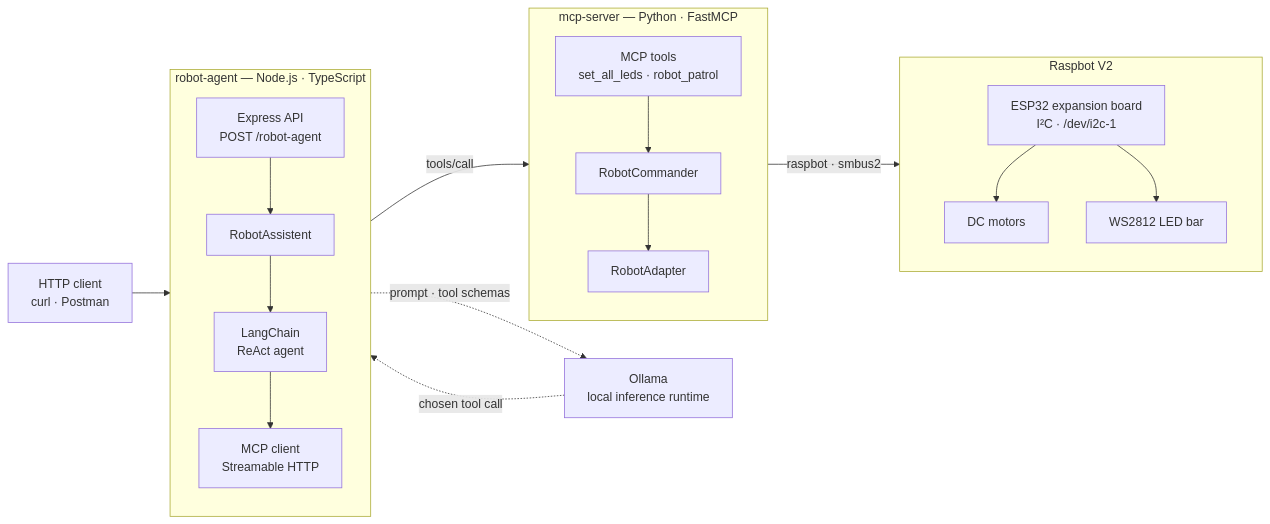
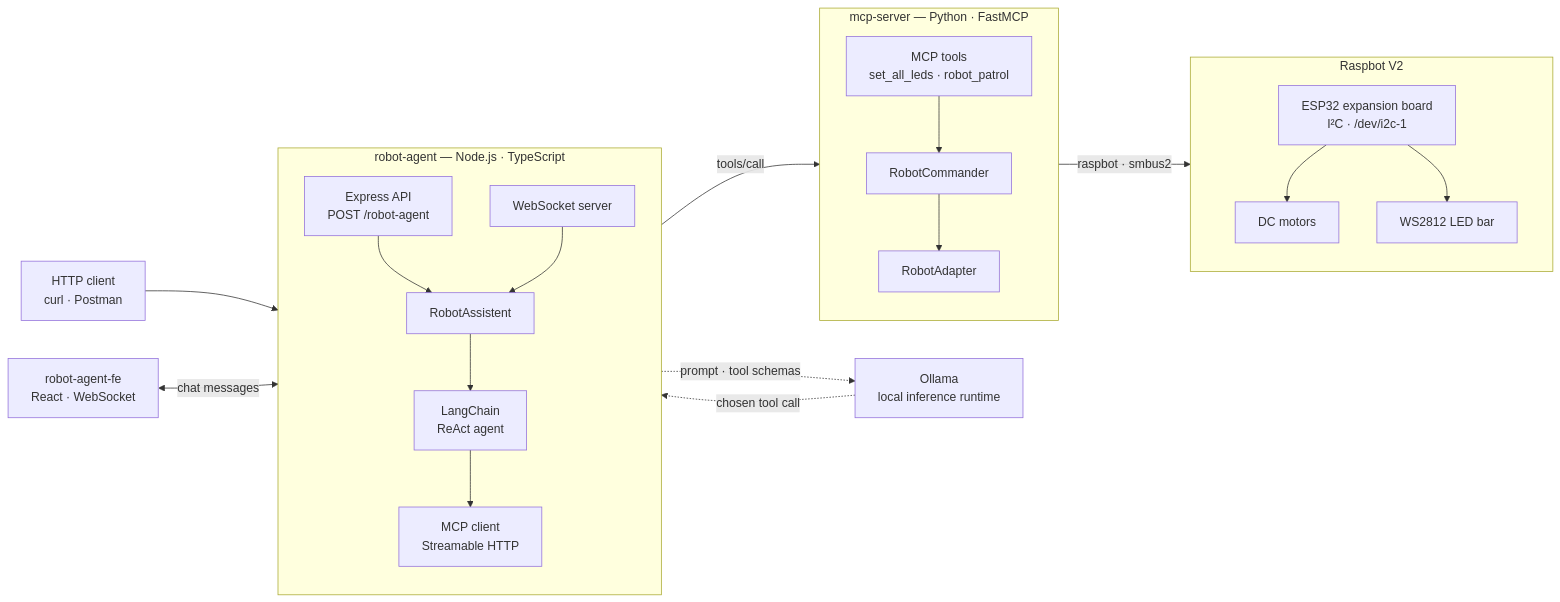
The first of 2 diagrams in README.md (estudart/estudart-mcp-robot), drawn with Mermaid before and after one commit. The commit also changed other lines of this file, not shown here.

Commit message:
fix: update readme file with the react component

````diff
--- a/README.md
+++ b/README.md
@@ -43,38 +44,43 @@
 ```mermaid
 flowchart LR
     Client["HTTP client<br/>curl · Postman"]
+    Browser["robot-agent-fe<br/>React · WebSocket"]
 
     subgraph agentSvc["robot-agent — Node.js · TypeScript"]
         direction TB
         API["Express API<br/>POST /robot-agent"]
+        WS["WebSocket server"]
         Assistant["RobotAssistent"]
         ReactAgent["LangChain<br/>ReAct agent"]
         MCPClient["MCP client<br/>Streamable HTTP"]
-        API --> Assistant --> ReactAgent --> MCPClient
+        API --> Assistant
+        WS --> Assistant
+        Assistant --> ReactAgent --> MCPClient
     end
 
     LLM["Ollama<br/>local inference runtime"]
 
     subgraph mcpSvc["mcp-server — Python · FastMCP"]
         direction TB
         Tools["MCP tools<br/>set_all_leds · robot_patrol"]
         Commander["RobotCommander"]
         Adapter["RobotAdapter"]
         Tools --> Commander --> Adapter
     end
 
     subgraph hardware["Raspbot V2"]
         direction TB
         Board["ESP32 expansion board<br/>I²C · /dev/i2c-1"]
         Motors["DC motors"]
         Leds["WS2812 LED bar"]
         Board --> Motors
         Board --> Leds
     end
 
     Client --> API
+    Browser <-->|"chat messages"| WS
     ReactAgent -.->|"prompt · tool schemas"| LLM
     LLM -.->|"chosen tool call"| ReactAgent
     MCPClient -->|"tools/call"| Tools
     Adapter -->|"raspbot · smbus2"| Board
 ```
````
